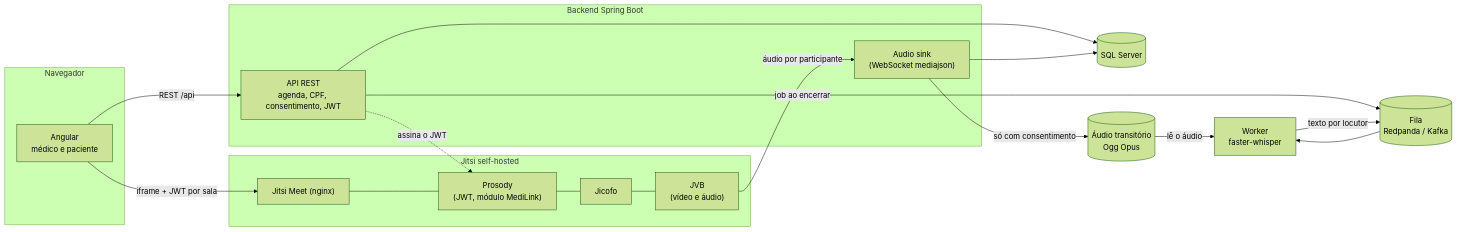
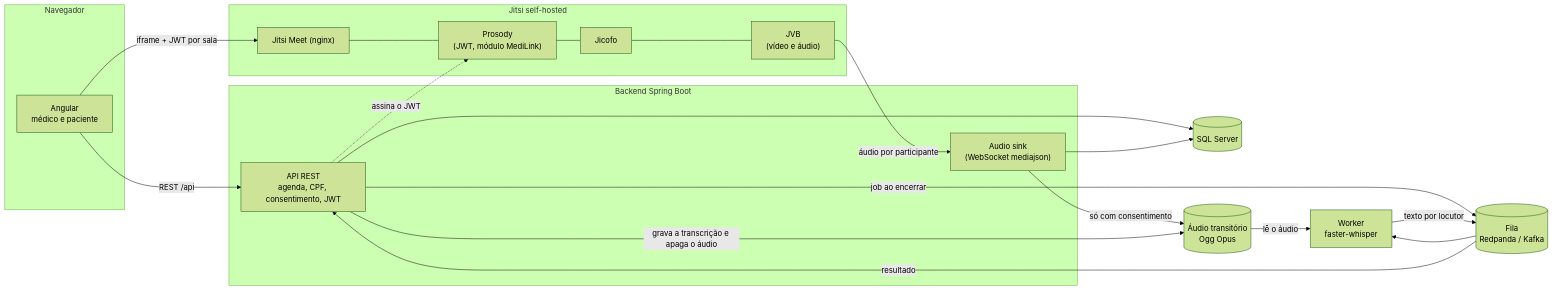
One commit to rbiasibetti/MediLink changed the first of 2 diagrams in README.md. Above: the diagram before and after it, drawn with Mermaid (forest theme). The commit also changed other lines of this file and 21 other files, not shown here.

First line of the commit message:
feat: grava a transcrição e descarta o áudio de forma idempotente (T13)

````diff
--- a/README.md
+++ b/README.md
@@ -76,31 +76,33 @@
 ```mermaid
 flowchart LR
     subgraph NAV[Navegador]
         A["Angular<br/>médico e paciente"]
     end
     subgraph JITSI[Jitsi self-hosted]
         W["Jitsi Meet (nginx)"] --- P["Prosody<br/>(JWT, módulo MediLink)"]
         P --- F[Jicofo]
         F --- V["JVB<br/>(vídeo e áudio)"]
     end
     subgraph BACK["Backend Spring Boot"]
         API["API REST<br/>agenda, CPF, consentimento, JWT"]
         S["Audio sink<br/>(WebSocket mediajson)"]
     end
     DB[("SQL Server")]
     D[("Áudio transitório<br/>Ogg Opus")]
     K[("Fila<br/>Redpanda / Kafka")]
     WK["Worker<br/>faster-whisper"]
 
     A -- "REST /api" --> API
     A -- "iframe + JWT por sala" --> W
     API --> DB
     V -- "áudio por participante" --> S
     S -- "só com consentimento" --> D
     S --> DB
     API -. "assina o JWT" .-> P
     API -- "job ao encerrar" --> K
     K --> WK
     D -- "lê o áudio" --> WK
     WK -- "texto por locutor" --> K
+    K -- "resultado" --> API
+    API -- "grava a transcrição e apaga o áudio" --> D
 ```
````
